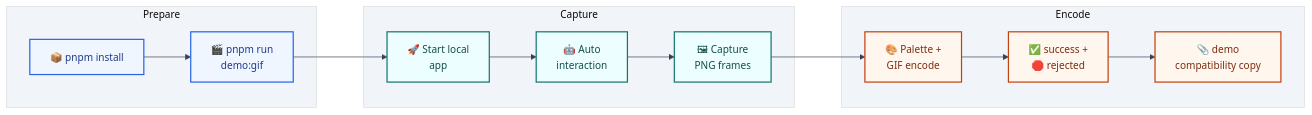
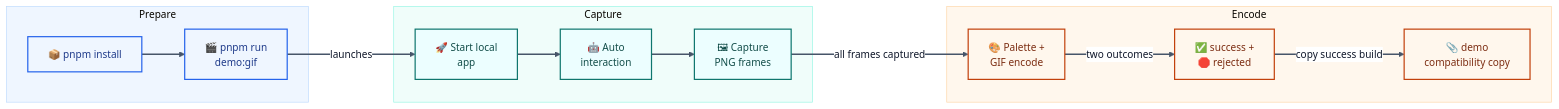
Before and after one commit to sunshineluyao/Moss-Mcp-Transaction: the second of 8 diagrams in README.md, drawn with Mermaid. The commit also changed other lines of this file, not shown here.

Commit message:
docs: improve Mermaid chart clarity and styling

````diff
--- a/README.md
+++ b/README.md
@@ -191,29 +194,33 @@
 ```mermaid
-%%{init: {'theme':'base','flowchart': {'htmlLabels': true, 'nodeSpacing': 56, 'rankSpacing': 70, 'curve': 'linear'},'themeVariables': {'fontFamily':'Trebuchet MS, Segoe UI, sans-serif','fontSize':'15px','primaryColor':'#eef6ff','primaryBorderColor':'#3b82f6','primaryTextColor':'#0f172a','lineColor':'#334155','secondaryColor':'#f8fafc','tertiaryColor':'#f1f5f9','edgeLabelBackground':'#e2e8f0'}}}%%
+%%{init: {'theme':'base','flowchart': {'htmlLabels': true, 'nodeSpacing': 48, 'rankSpacing': 64, 'curve': 'basis'},'themeVariables': {'fontFamily':'Inter, Segoe UI, sans-serif','fontSize':'15px','primaryTextColor':'#0f172a','lineColor':'#475569','clusterBkg':'#f8fafc','clusterBorder':'#cbd5e1','edgeLabelBackground':'#ffffff'}}}%%
 flowchart LR
   subgraph P1[Prepare]
     A["📦 pnpm install"] --> B["🎬 pnpm run<br/>demo:gif"]
   end
 
   subgraph P2[Capture]
     C["🚀 Start local<br/>app"] --> D["🤖 Auto<br/>interaction"]
     D --> E["🖼 Capture<br/>PNG frames"]
   end
 
   subgraph P3[Encode]
     F["🎨 Palette +<br/>GIF encode"]
     G["✅ success +<br/>🛑 rejected"]
     H["📎 demo<br/>compatibility copy"]
   end
 
-  B --> C
-  E --> F --> G --> H
+  B -->|launches| C
+  E -->|all frames captured| F -->|two outcomes| G -->|copy success build| H
 
   classDef prep fill:#eff6ff,stroke:#2563eb,stroke-width:1.8px,color:#1e3a8a;
   classDef capture fill:#ecfeff,stroke:#0f766e,stroke-width:1.8px,color:#134e4a;
   classDef encode fill:#fff7ed,stroke:#c2410c,stroke-width:1.8px,color:#7c2d12;
 
   class A,B prep;
   class C,D,E capture;
   class F,G,H encode;
+  style P1 fill:#eff6ff,stroke:#bfdbfe,stroke-width:1px
+  style P2 fill:#f0fdfa,stroke:#99f6e4,stroke-width:1px
+  style P3 fill:#fff7ed,stroke:#fed7aa,stroke-width:1px
+  linkStyle default stroke:#475569,stroke-width:2px;
 ```
````
